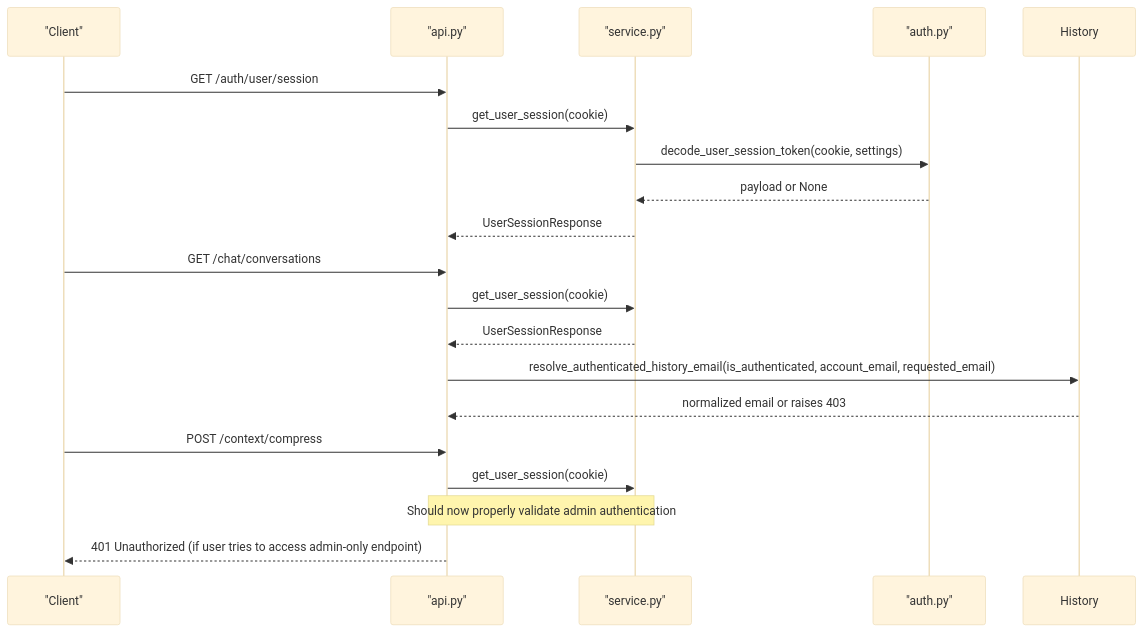
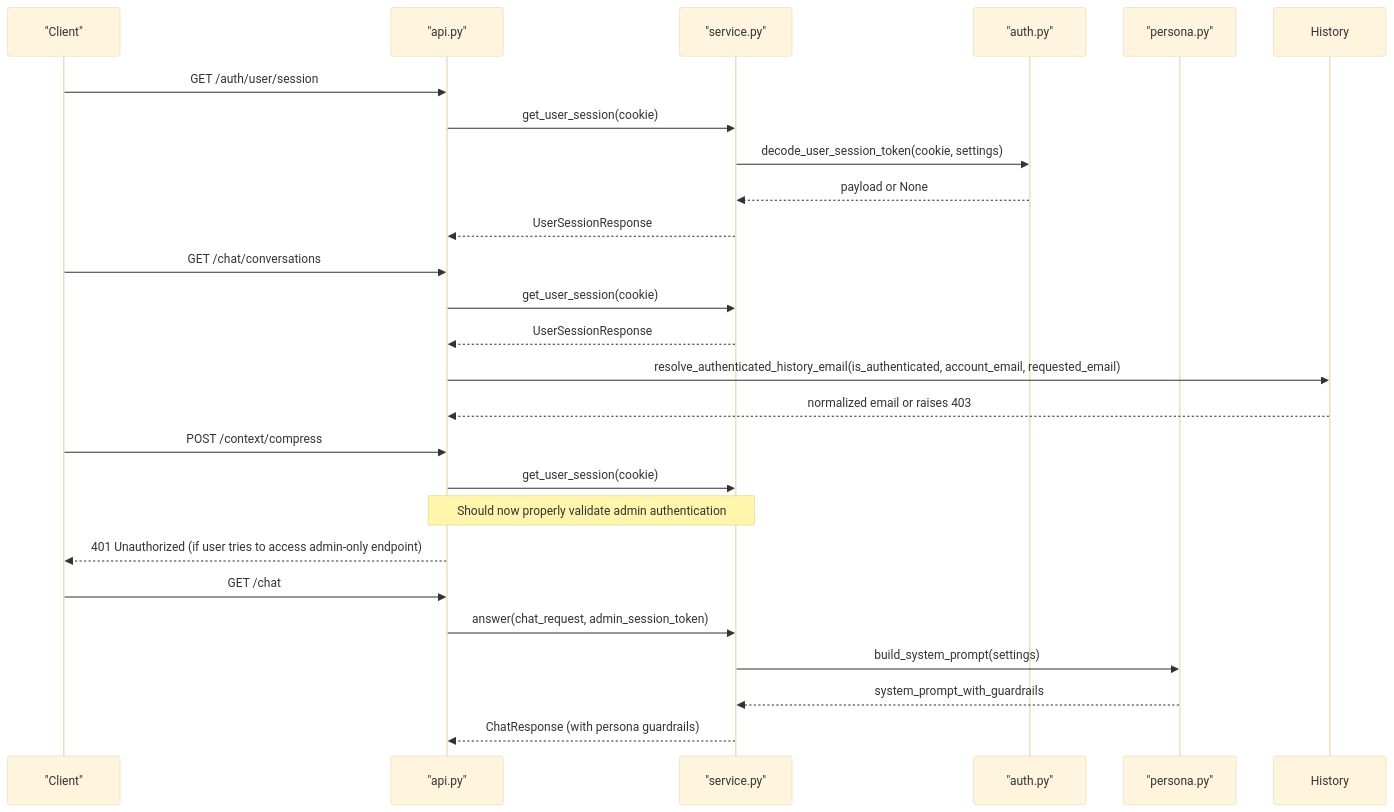
Before and after one commit to intellistream/sage-mate: the seventh of 9 diagrams in .qoder/repowiki/en/content/Security and Authentication/Security and Authentication.md, drawn with Mermaid (base theme). The commit also changed other lines of this file and 101 other files, not shown here.

````diff
--- a/.qoder/repowiki/en/content/Security and Authentication/Security and Authentication.md
+++ b/.qoder/repowiki/en/content/Security and Authentication/Security and Authentication.md
@@ -305,21 +328,27 @@
 ```mermaid
 sequenceDiagram
 participant Client as "Client"
 participant API as "api.py"
 participant Svc as "service.py"
 participant Auth as "auth.py"
+participant Persona as "persona.py"
 Client->>API : GET /auth/user/session
 API->>Svc : get_user_session(cookie)
 Svc->>Auth : decode_user_session_token(cookie, settings)
 Auth-->>Svc : payload or None
 Svc-->>API : UserSessionResponse
 Client->>API : GET /chat/conversations
 API->>Svc : get_user_session(cookie)
 Svc-->>API : UserSessionResponse
 API->>History : resolve_authenticated_history_email(is_authenticated, account_email, requested_email)
 History-->>API : normalized email or raises 403
 Client->>API : POST /context/compress
 API->>Svc : get_user_session(cookie)
 Note over API,Svc : Should now properly validate admin authentication
 API-->>Client : 401 Unauthorized (if user tries to access admin-only endpoint)
+Client->>API : GET /chat
+API->>Svc : answer(chat_request, admin_session_token)
+Svc->>Persona : build_system_prompt(settings)
+Persona-->>Svc : system_prompt_with_guardrails
+Svc-->>API : ChatResponse (with persona guardrails)
 ```
````
